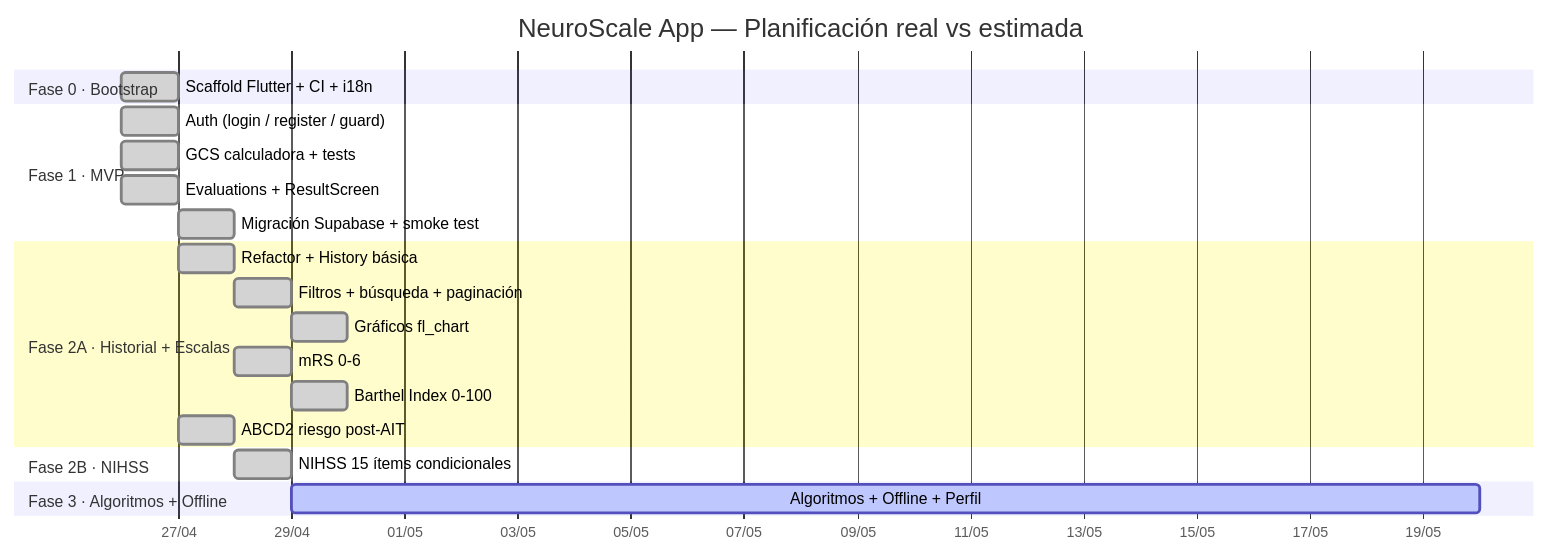
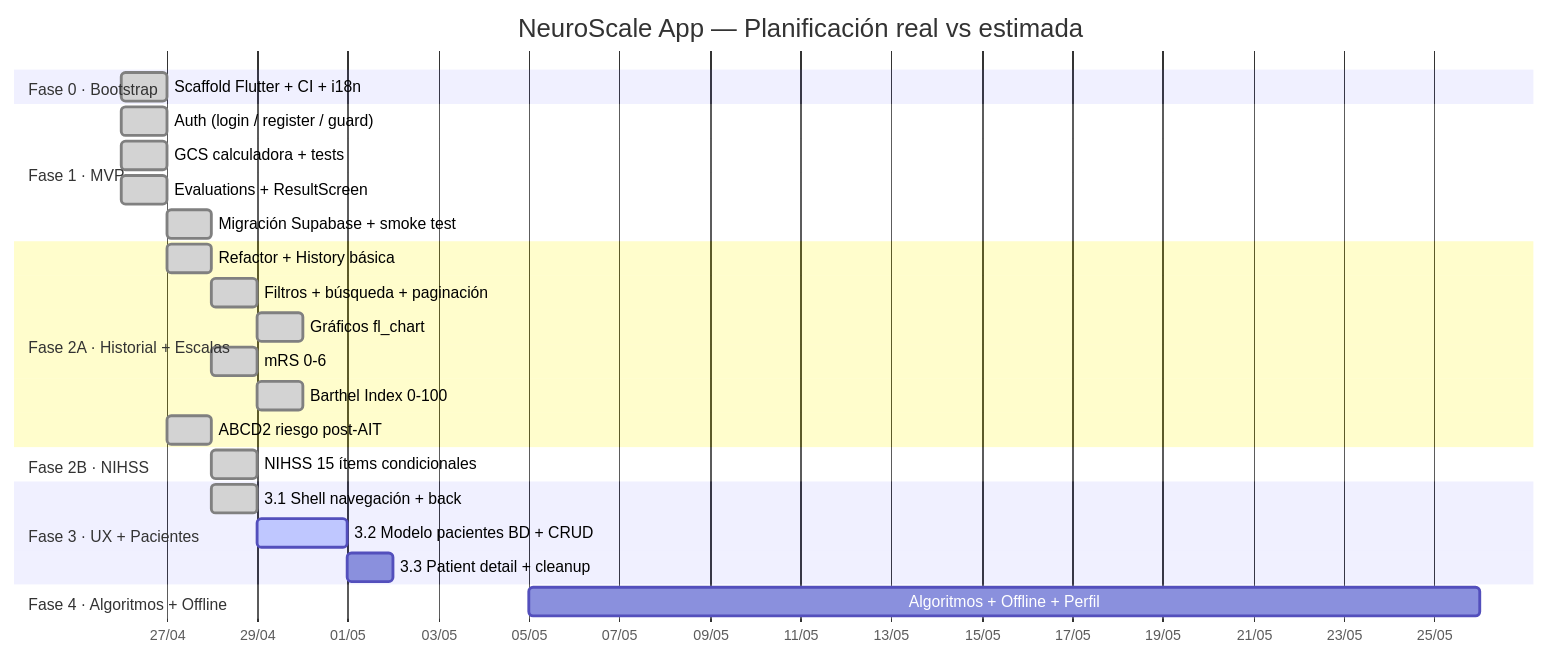
Before and after one commit to grisllo/NeuroScaleApp: the diagram in README.md, drawn with Mermaid. The commit also changed 1 other file, not shown here.

Commit message:
docs(roadmap): renumerar fases y actualizar Gantt post-3.1
- ROADMAP.md:
  - Estado actual: subfase 3.1 completada; nueva numeracion documentada.
  - Fase 3 (nueva): UX shell + Pacientes — 3.1 completada, 3.2/3.3 pendientes.
  - Fase 4 (antes Fase 3): Algoritmos + Offline + Perfil.
- README Gantt:
  - Fase 3 desglosada en 3 barras (3.1 :done, 3.2 :active, 3.3 pending).
  - Fase 4 en lugar de Fase 3.
- GitHub Issues:
  - #13 renombrado: "Fase 4: Algoritmos clinicos + Offline + Perfil".
  - #14 creado: "Fase 3: UX shell + Modelo de Pacientes" (3.1 detallada).

````diff
--- a/README.md
+++ b/README.md
@@ -13,29 +13,34 @@
 ```mermaid
 gantt
     title NeuroScale App — Planificación real vs estimada
     dateFormat  YYYY-MM-DD
     axisFormat  %d/%m
 
     section Fase 0 · Bootstrap
     Scaffold Flutter + CI + i18n       :done, f0,  2026-04-26, 1d
 
     section Fase 1 · MVP
     Auth (login / register / guard)    :done, f1a, 2026-04-26, 1d
     GCS calculadora + tests            :done, f1b, 2026-04-26, 1d
     Evaluations + ResultScreen         :done, f1c, 2026-04-26, 1d
     Migración Supabase + smoke test    :done, f1d, 2026-04-27, 1d
 
     section Fase 2A · Historial + Escalas
     Refactor + History básica          :done, f2a1, 2026-04-27, 1d
     Filtros + búsqueda + paginación    :done, f2a2, after f2a1, 1d
     Gráficos fl_chart                  :done, f2a3, after f2a2, 1d
     mRS 0-6                            :done, f2a4, after f2a1, 1d
     Barthel Index 0-100                :done, f2a5, after f2a4, 1d
     ABCD2 riesgo post-AIT              :done, f2a6, 2026-04-27, 1d
 
     section Fase 2B · NIHSS
     NIHSS 15 ítems condicionales       :done, f2b, 2026-04-28, 1d
 
-    section Fase 3 · Algoritmos + Offline
-    Algoritmos + Offline + Perfil      :active, f3, 2026-04-29, 21d
+    section Fase 3 · UX + Pacientes
+    3.1 Shell navegación + back         :done, f3a, 2026-04-28, 1d
+    3.2 Modelo pacientes BD + CRUD      :active, f3b, 2026-04-29, 2d
+    3.3 Patient detail + cleanup        :f3c, after f3b, 1d
+
+    section Fase 4 · Algoritmos + Offline
+    Algoritmos + Offline + Perfil      :f4, 2026-05-05, 21d
 ```
````
